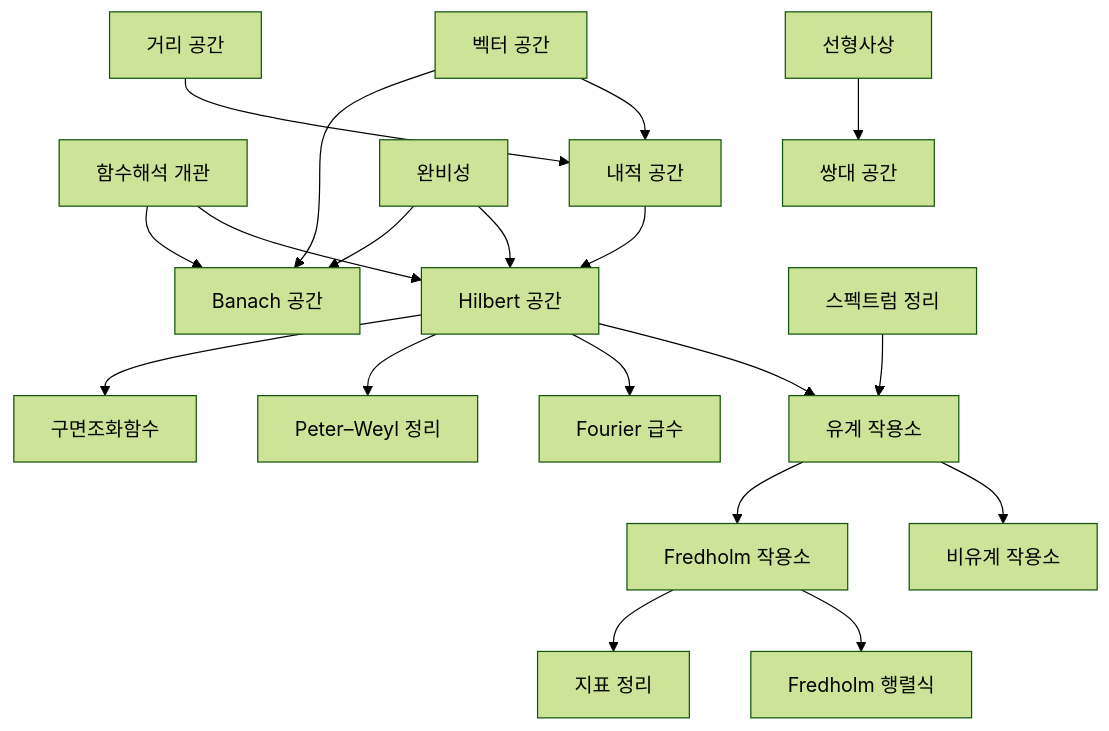
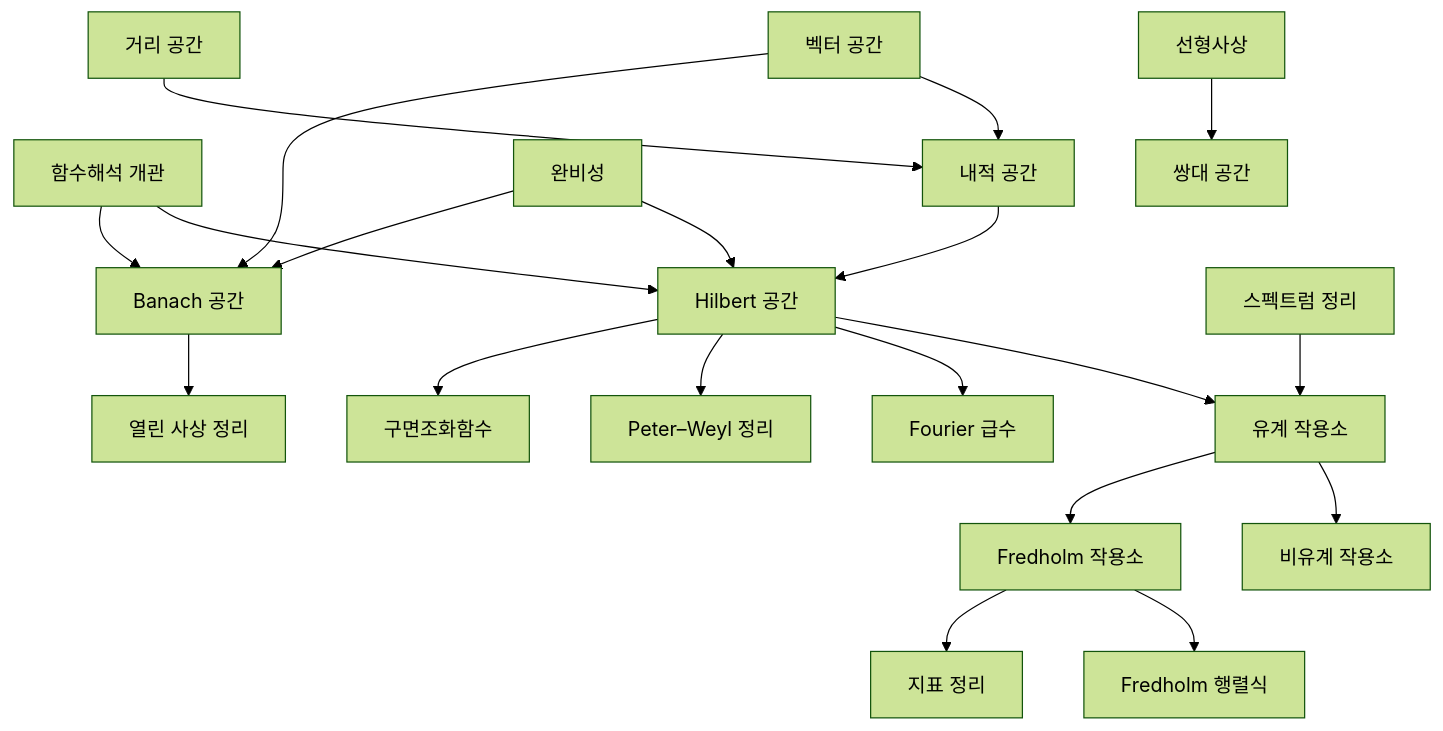
The diagram in docs/functional-analysis-overview.md (Phryxia/math-map), drawn with Mermaid (forest theme) before and after one commit. The commit also changed other lines of this file and 4 other files, not shown here.

````diff
--- a/docs/functional-analysis-overview.md
+++ b/docs/functional-analysis-overview.md
@@ -15,21 +15,22 @@
 ```mermaid
 graph TD
   FAO["함수해석 개관"] --> HS["Hilbert 공간"]
   FAO --> BS["Banach 공간"]
   VS["벡터 공간"] --> IPS["내적 공간"]
   MS["거리 공간"] --> IPS
   COMP["완비성"] --> HS
   IPS --> HS
   COMP --> BS
   VS --> BS
   LM["선형사상"] --> DS["쌍대 공간"]
+  BS --> OMT["열린 사상 정리"]
   HS --> BO["유계 작용소"]
   ST["스펙트럼 정리"] --> BO
   BO --> UBO["비유계 작용소"]
   BO --> FO["Fredholm 작용소"]
   FO --> FD["Fredholm 행렬식"]
   FO --> IT["지표 정리"]
   HS --> FS["Fourier 급수"]
   HS --> PW["Peter–Weyl 정리"]
   HS --> SH["구면조화함수"]
 ```
````
